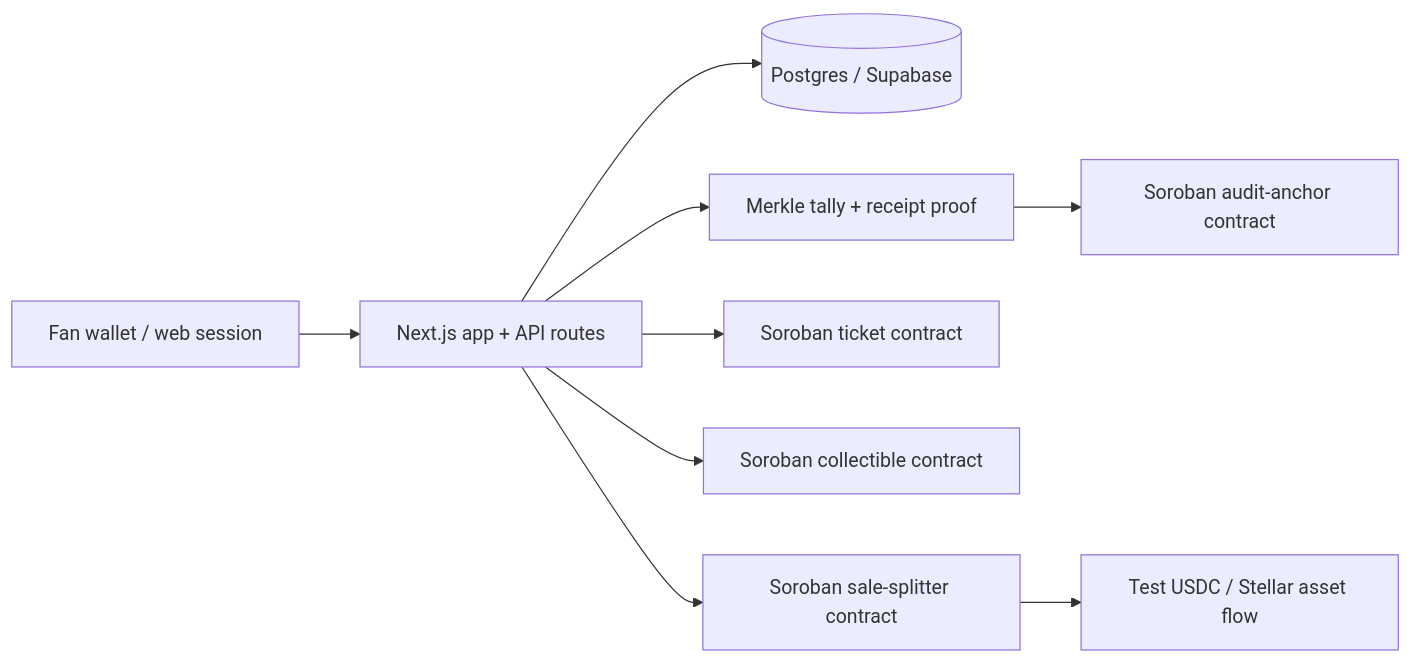
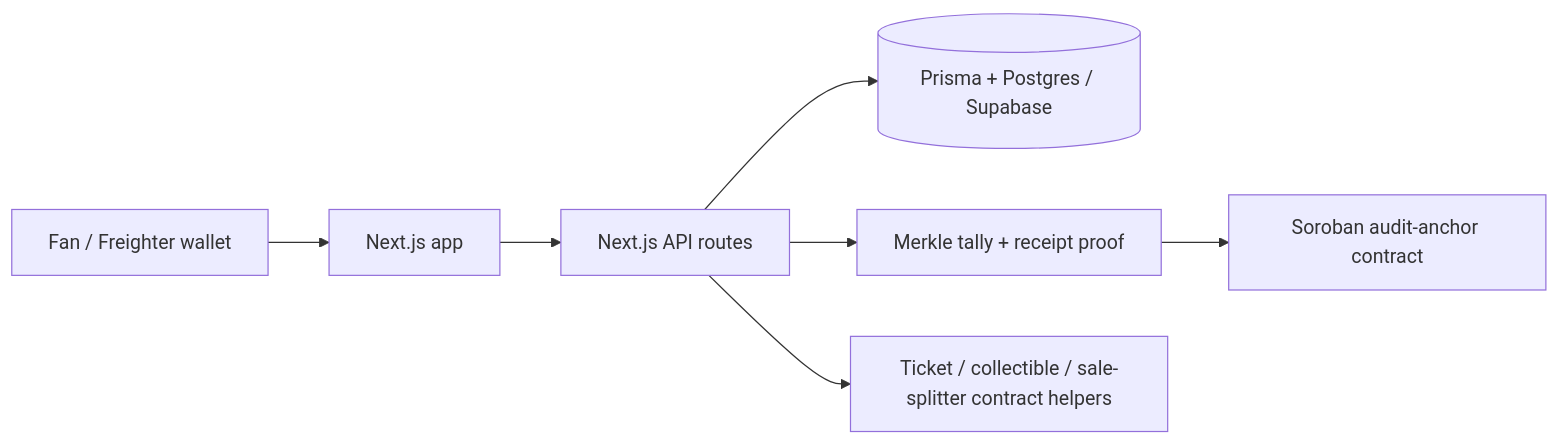
The diagram in README.md (akippnn/CrownFi), drawn with Mermaid before and after one commit. The commit also changed other lines of this file, not shown here.

````diff
--- a/README.md
+++ b/README.md
@@ -17,11 +11,9 @@
 ```mermaid
 flowchart LR
-  Fan[Fan wallet / web session] --> Web[Next.js app + API routes]
-  Web --> DB[(Postgres / Supabase)]
-  Web --> Merkle[Merkle tally + receipt proof]
-  Merkle --> Anchor[Soroban audit-anchor contract]
-  Web --> Tickets[Soroban ticket contract]
-  Web --> Collectibles[Soroban collectible contract]
-  Web --> Splitter[Soroban sale-splitter contract]
-  Splitter --> USDC[Test USDC / Stellar asset flow]
+  Fan[Fan / Freighter wallet] --> Web[Next.js app]
+  Web --> Routes[Next.js API routes]
+  Routes --> DB[(Prisma + Postgres / Supabase)]
+  Routes --> Proofs[Merkle tally + receipt proof]
+  Proofs --> Anchor[Soroban audit-anchor contract]
+  Routes --> Ticket[Ticket / collectible / sale-splitter contract helpers]
 ```
````
